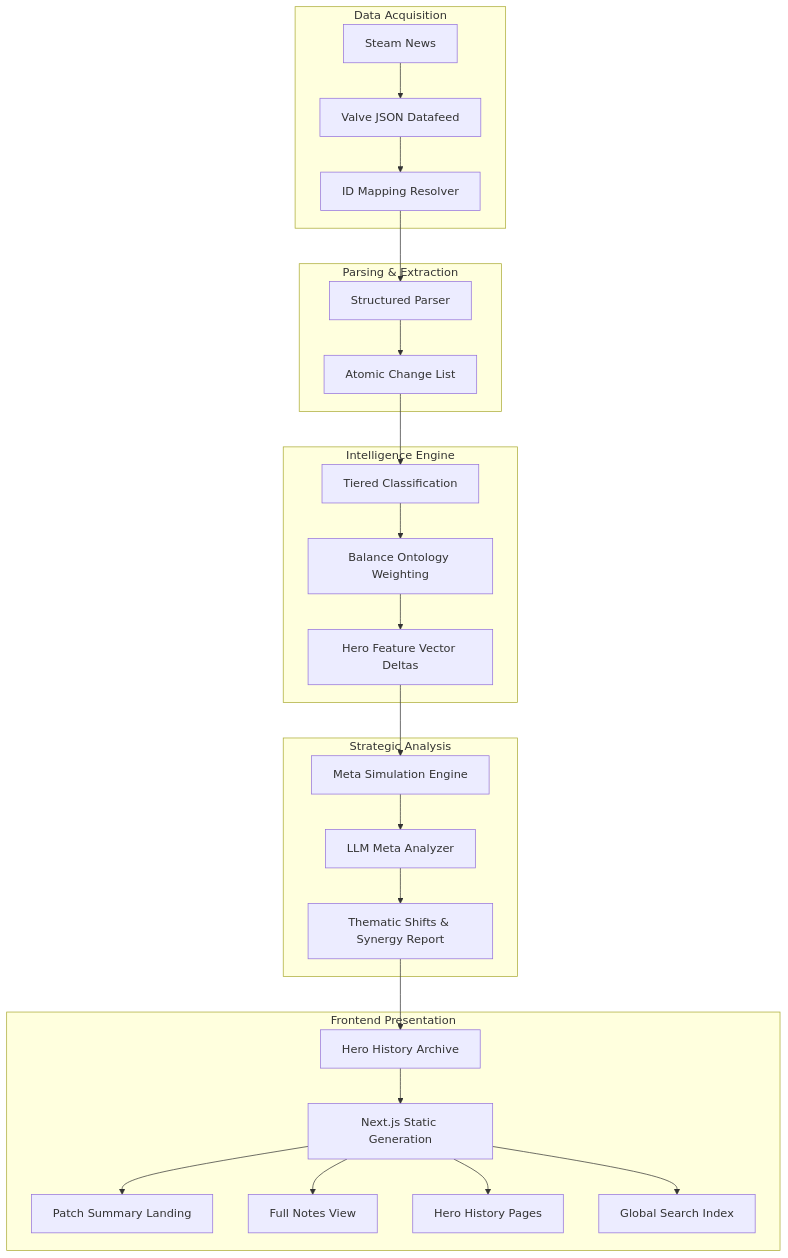
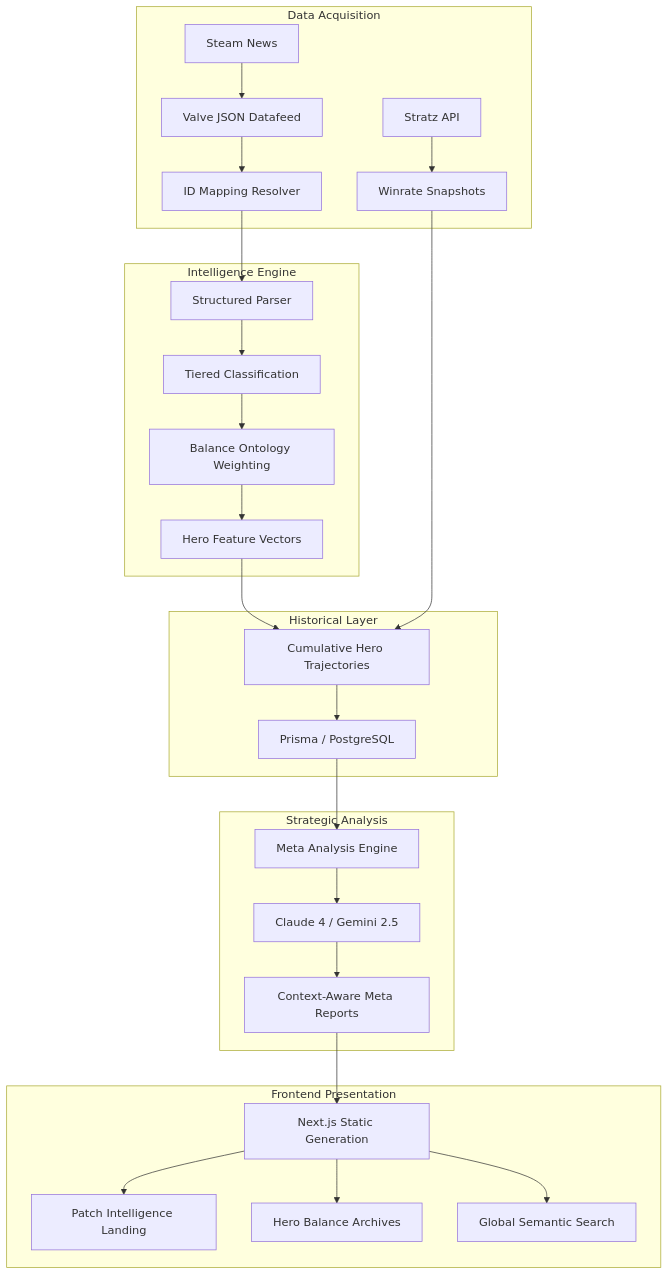
The diagram in README.md (bamsemats/dota-patch-intelligence), drawn with Mermaid before and after one commit. The commit also changed other lines of this file and 147 other files, not shown here.

Commit message:
Remove hero-specific winrate data from historical patch metadata for Bloodseeker and Beastmaster.

````diff
--- a/README.md
+++ b/README.md
@@ -59,33 +67,34 @@
 ```mermaid
 graph TD
     subgraph "Data Acquisition"
         A[Steam News] --> B[Valve JSON Datafeed]
         B --> C[ID Mapping Resolver]
-    end
-
-    subgraph "Parsing & Extraction"
-        C --> D[Structured Parser]
-        D --> E[Atomic Change List]
+        S[Stratz API] --> W[Winrate Snapshots]
     end
 
     subgraph "Intelligence Engine"
-        E --> F[Tiered Classification]
-        F --> G[Balance Ontology Weighting]
-        G --> H[Hero Feature Vector Deltas]
+        C --> D[Structured Parser]
+        D --> E[Tiered Classification]
+        E --> F[Balance Ontology Weighting]
+        F --> G[Hero Feature Vectors]
+    end
+
+    subgraph "Historical Layer"
+        G --> H[Cumulative Hero Trajectories]
+        W --> H
+        H --> I[Prisma / PostgreSQL]
     end
 
     subgraph "Strategic Analysis"
-        H --> I[Meta Simulation Engine]
-        I --> J[LLM Meta Analyzer]
-        J --> K[Thematic Shifts & Synergy Report]
+        I --> J[Meta Analysis Engine]
+        J --> K[Claude 4 / Gemini 2.5]
+        K --> L[Context-Aware Meta Reports]
     end
 
     subgraph "Frontend Presentation"
-        K --> L[Hero History Archive]
         L --> M[Next.js Static Generation]
-        M --> N[Patch Summary Landing]
-        M --> O[Full Notes View]
-        M --> P[Hero History Pages]
-        M --> Q[Global Search Index]
+        M --> N[Patch Intelligence Landing]
+        M --> O[Hero Balance Archives]
+        M --> P[Global Semantic Search]
     end
 ```
````
